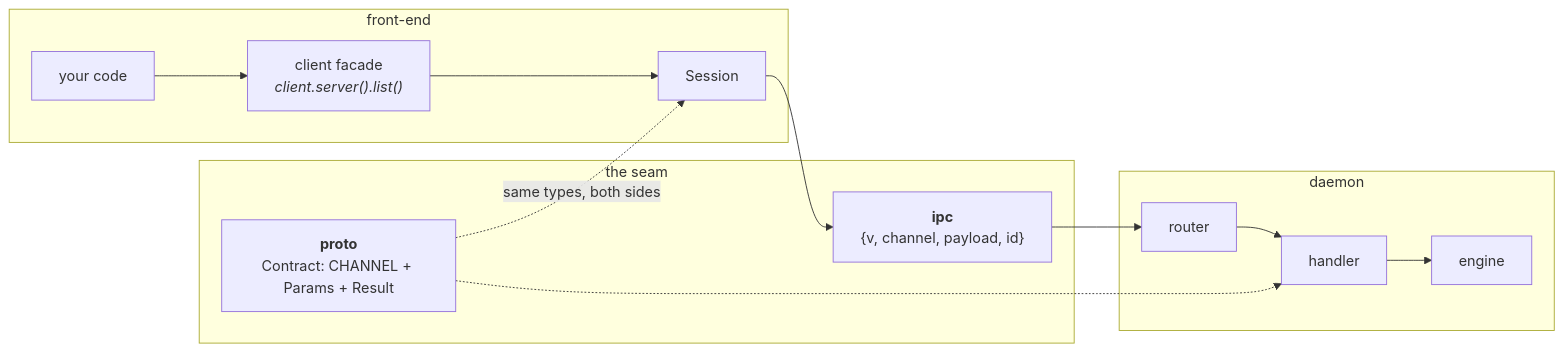
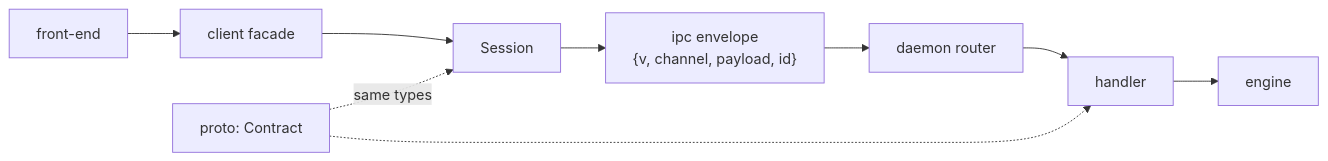
One commit to prytaneum/hestia changed the diagram in docs/architecture/wire.md. Above: the diagram before and after it, drawn with Mermaid. The commit also changed other lines of this file and 11 other files, not shown here.

Commit message:
docs(architecture): describe the current system only

````diff
--- a/docs/architecture/wire.md
+++ b/docs/architecture/wire.md
@@ -14,19 +9,7 @@
 ```mermaid
 flowchart LR
-    subgraph fe["front-end"]
-        F["your code"] --> FAC["client facade<br/><i>client.server().list()</i>"]
-        FAC --> SESS["Session"]
-    end
-    subgraph seam["the seam"]
-        PROTO["<b>proto</b><br/>Contract: CHANNEL + Params + Result"]
-        ENV["<b>ipc</b><br/>{v, channel, payload, id}"]
-    end
-    subgraph be["daemon"]
-        R["router"] --> H["handler"]
-        H --> E["engine"]
-    end
-    SESS --> ENV
-    ENV --> R
-    PROTO -.->|"same types, both sides"| SESS
+    F["front-end"] --> FAC["client facade"] --> SESS["Session"] --> ENV["ipc envelope<br/>{v, channel, payload, id}"]
+    ENV --> R["daemon router"] --> H["handler"] --> E["engine"]
+    PROTO["proto: Contract"] -.->|"same types"| SESS
     PROTO -.-> H
 ```
````
